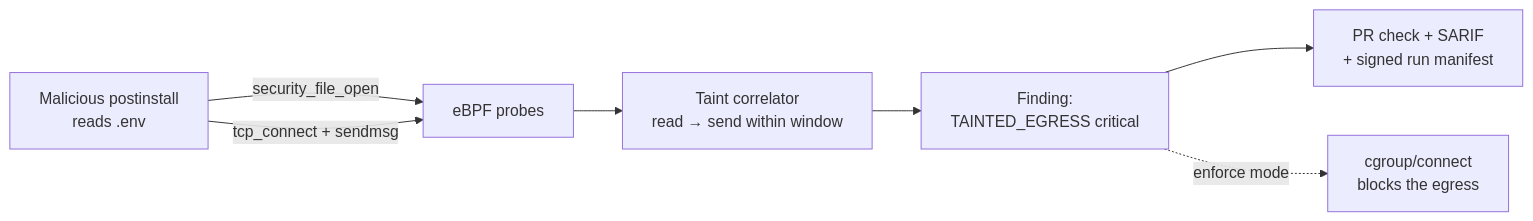
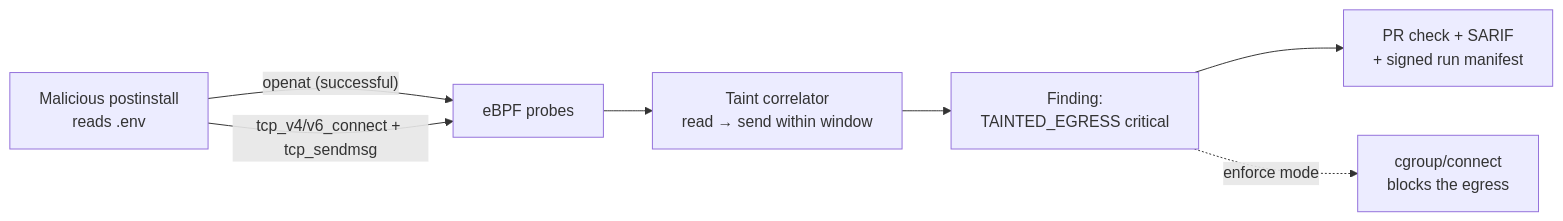
One commit to Seshadri724/BUILD-LENS changed the diagram in README.md. Above: the diagram before and after it, drawn with Mermaid. The commit also changed other lines of this file and 10 other files, not shown here.

````diff
--- a/README.md
+++ b/README.md
@@ -23,9 +23,9 @@
 ```mermaid
 graph LR
-    A["Malicious postinstall<br/>reads .env"] -->|"security_file_open"| K["eBPF probes"]
-    A -->|"tcp_connect + sendmsg"| K
+    A["Malicious postinstall<br/>reads .env"] -->|"openat (successful)"| K["eBPF probes"]
+    A -->|"tcp_v4/v6_connect + tcp_sendmsg"| K
     K --> C["Taint correlator<br/>read → send within window"]
     C --> F["Finding:<br/>TAINTED_EGRESS critical"]
     F --> G["PR check + SARIF<br/>+ signed run manifest"]
     F -.->|"enforce mode"| B["cgroup/connect<br/>blocks the egress"]
 ```
````
